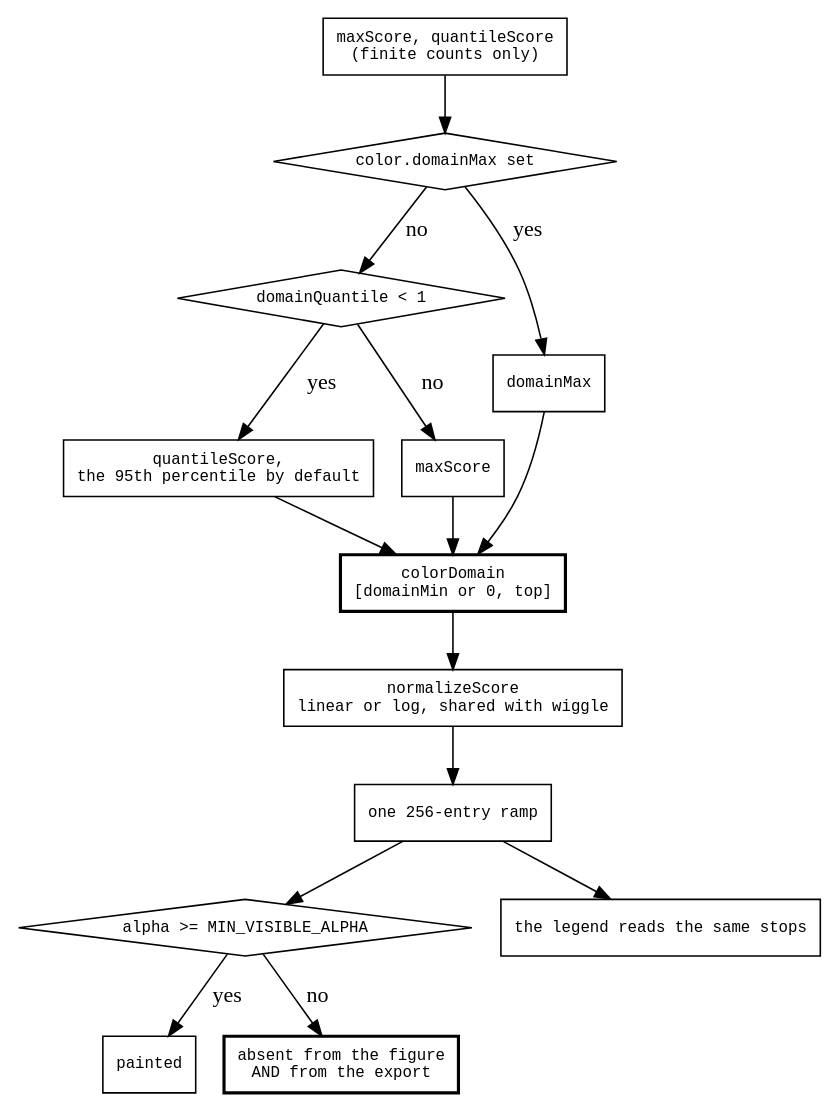
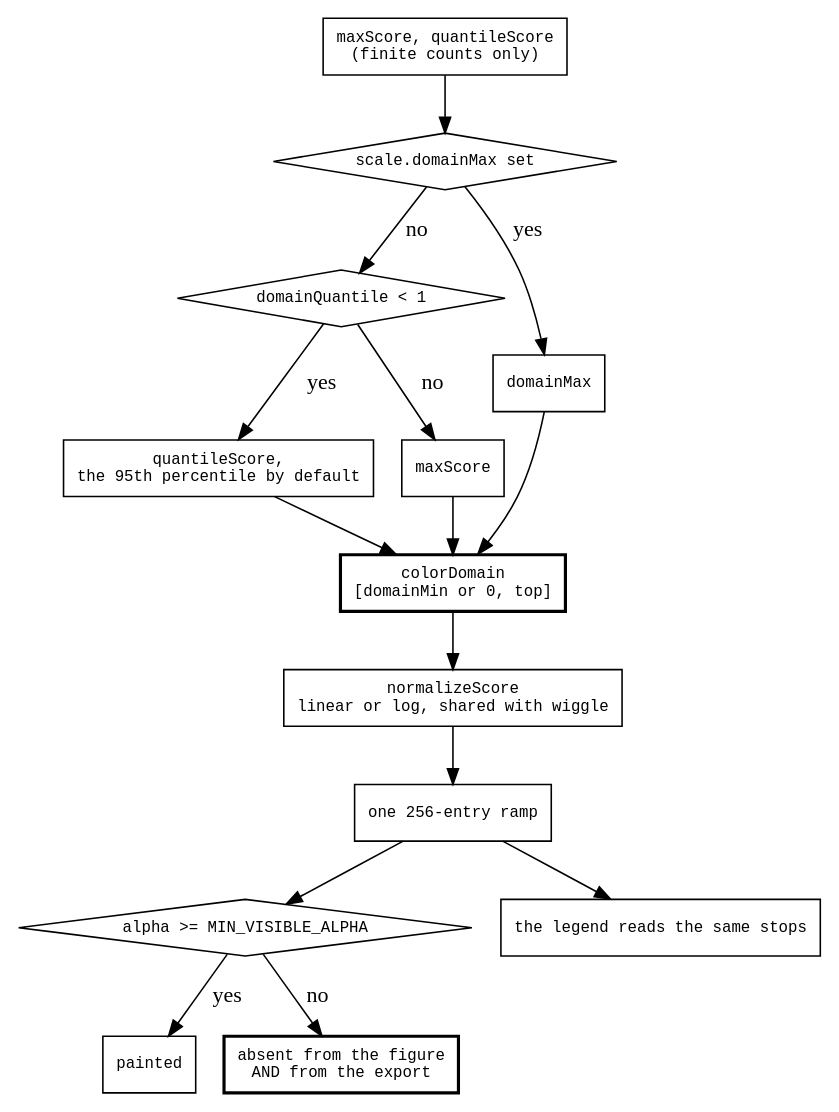
The diagram in agent-docs/reference/diagrams/hic-color.dot (GMOD/jbrowse-components), drawn with Graphviz before and after one commit. The commit also changed 13 other files, not shown here.

```diff
--- a/agent-docs/reference/diagrams/hic-color.dot
+++ b/agent-docs/reference/diagrams/hic-color.dot
@@ -1,35 +1,35 @@
 digraph hic_color {
   rankdir=TB
   node [shape=box fontname=monospace fontsize=10]
   { node [shape=diamond] pinned; q; visible }
 
   data [label="maxScore, quantileScore\n(finite counts only)"]
-  pinned [label="color.domainMax set"]
+  pinned [label="scale.domainMax set"]
   data -> pinned
   pinned -> set [label=" yes"]
   pinned -> q   [label=" no"]
   set [label="domainMax"]
   q [label="domainQuantile < 1"]
   q -> quant [label=" yes"]
   q -> max   [label=" no"]
   quant [label="quantileScore,\nthe 95th percentile by default"]
   max [label="maxScore"]
 
   domain [label="colorDomain\n[domainMin or 0, top]", style=bold]
   set -> domain  quant -> domain  max -> domain
 
   norm [label="normalizeScore\nlinear or log, shared with wiggle"]
   domain -> norm
   ramp [label="one 256-entry ramp"]
   norm -> ramp
 
   visible [label="alpha >= MIN_VISIBLE_ALPHA"]
   ramp -> visible
   visible -> paint [label=" yes"]
   visible -> skip  [label=" no"]
   paint [label="painted"]
   skip [label="absent from the figure\nAND from the export", style=bold]
 
   legend [label="the legend reads the same stops"]
   ramp -> legend
 }
```
